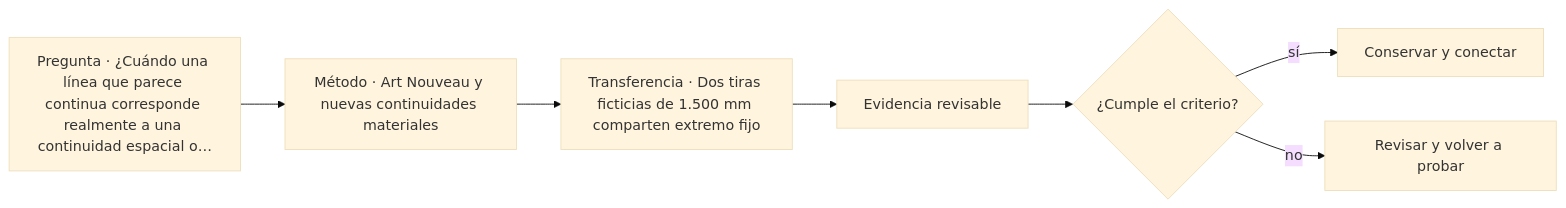
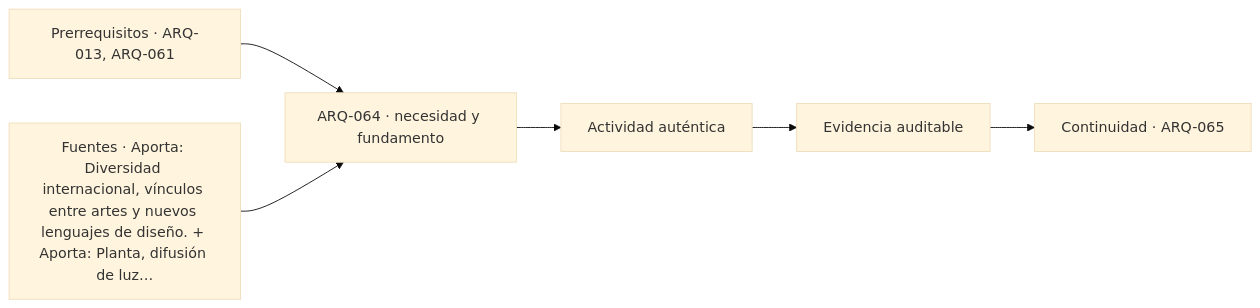
The diagram in classes/parte-07/ARQ-064.md (vladimiracunadev-create/architecture-built-environment-learning-program), drawn with Mermaid (base theme) before and after one commit. The commit also changed other lines of this file and 761 other files, not shown here.

````diff
--- a/classes/parte-07/ARQ-064.md
+++ b/classes/parte-07/ARQ-064.md
@@ -104,9 +116,8 @@
 ```mermaid
 flowchart LR
-    Q["Pregunta · ¿Cuándo una línea que parece continua corresponde realmente a una continuidad espacial o…"] --> M["Método · Art Nouveau y nuevas continuidades materiales"]
-    M --> P["Transferencia · Dos tiras ficticias de 1.500 mm comparten extremo fijo"]
-    P --> E["Evidencia revisable"]
-    E --> C{"¿Cumple el criterio?"}
-    C -->|sí| T["Conservar y conectar"]
-    C -->|no| R["Revisar y volver a probar"]
+    A["Prerrequisitos · ARQ-013, ARQ-061"] --> B["ARQ-064 · necesidad y fundamento"]
+    S["Fuentes · Aporta: Diversidad internacional, vínculos entre artes y nuevos lenguajes de diseño. + Aporta: Planta, difusión de luz…"] --> B
+    B --> C["Actividad auténtica"]
+    C --> D["Evidencia auditable"]
+    D --> E["Continuidad · ARQ-065"]
 ```
````
